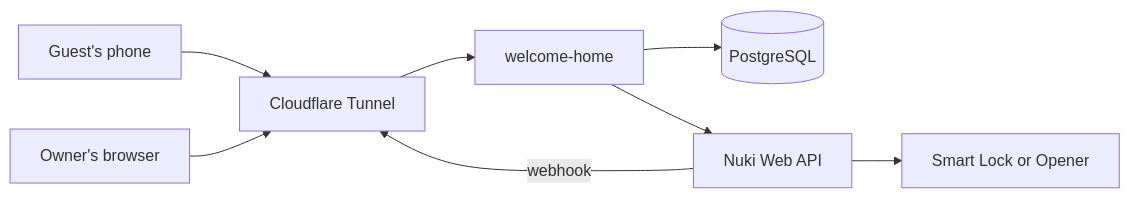
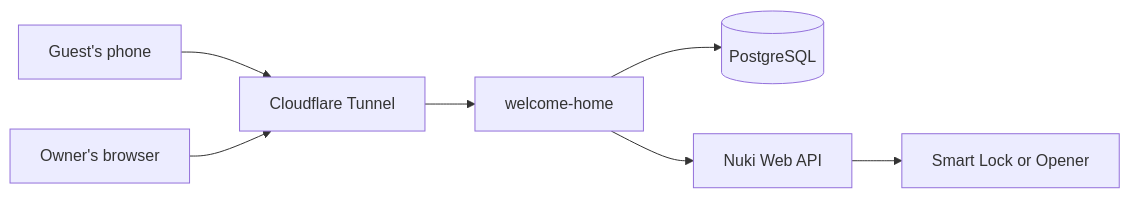
Before and after one commit to jfisbein/welcome-home: the diagram in README.md, drawn with Mermaid. The commit also changed 30 other files, not shown here.

````diff
--- a/README.md
+++ b/README.md
@@ -5,10 +5,9 @@
 ```mermaid
 flowchart LR
     guest["Guest's phone"] --> tunnel["Cloudflare Tunnel"]
     owner["Owner's browser"] --> tunnel
     tunnel --> app["welcome-home"]
     app --> db[("PostgreSQL")]
     app --> nuki["Nuki Web API"]
     nuki --> lock["Smart Lock or Opener"]
-    nuki -- "webhook" --> tunnel
 ```
````
